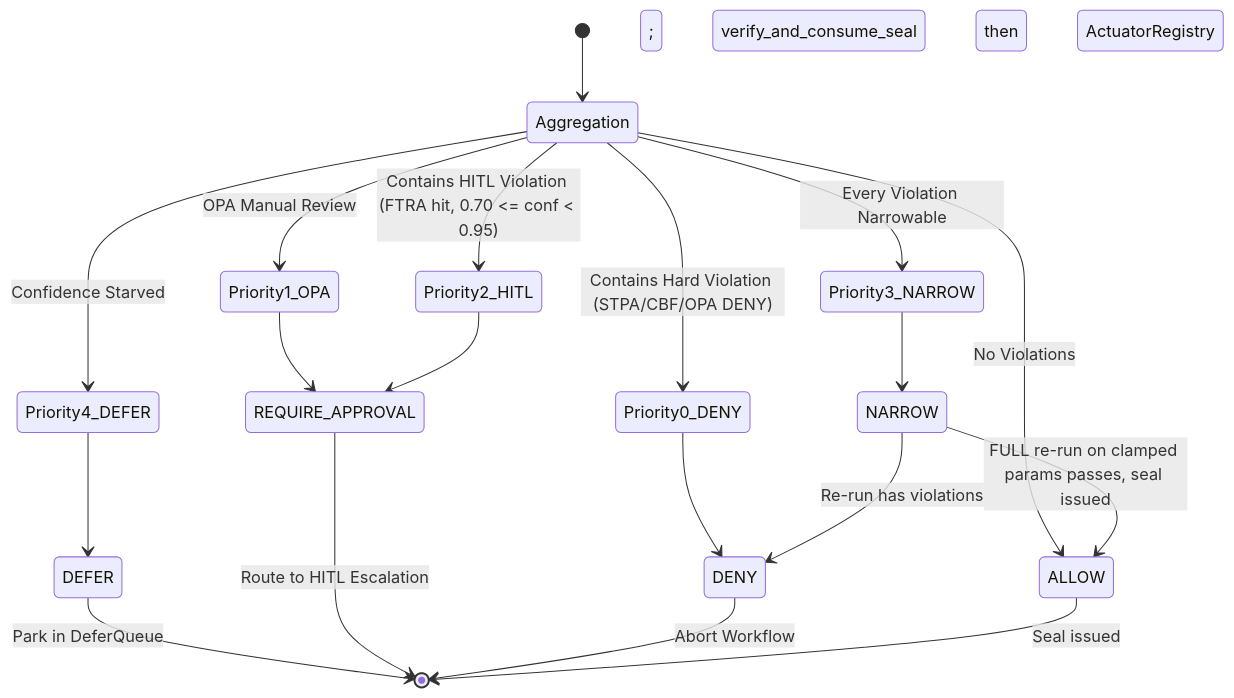
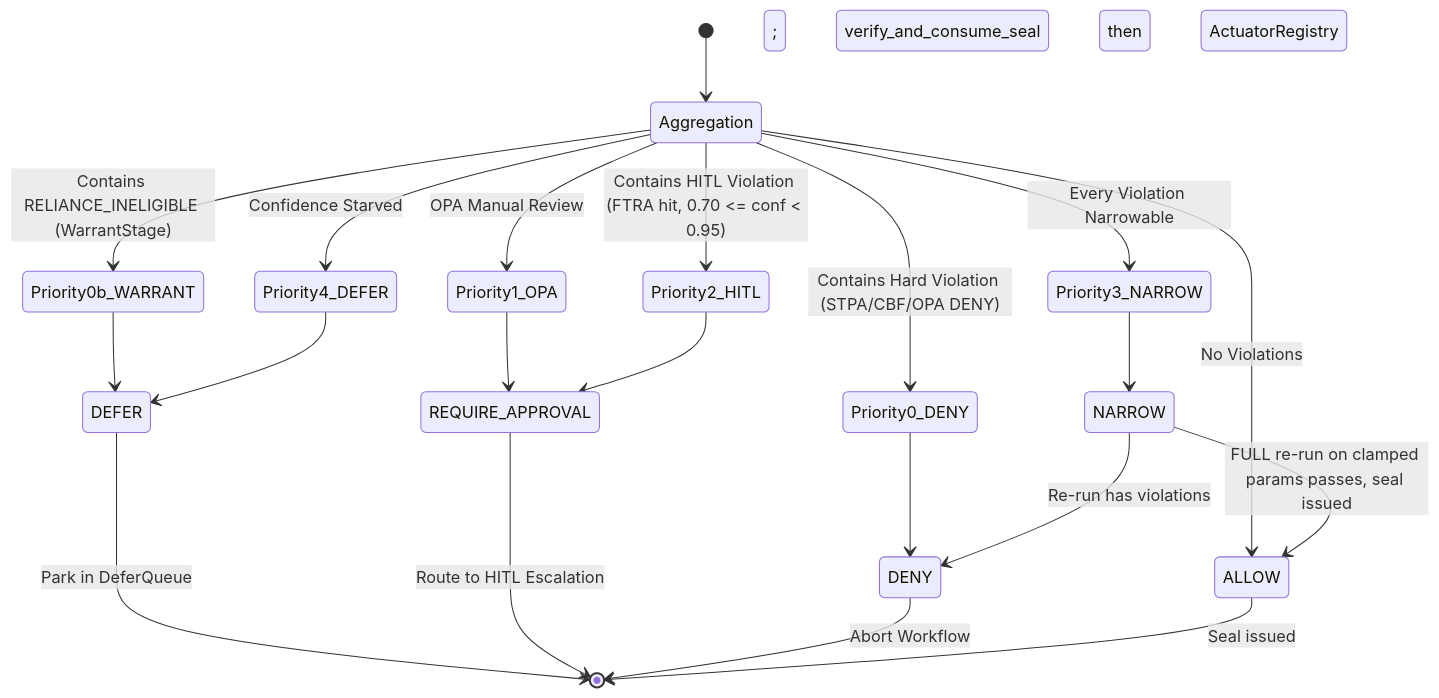
Before and after one commit to google/cybernetic-agent-governance-engine: the diagram in docs/architecture/SYMBOLIC_GOVERNOR_RUNTIME.md, drawn with Mermaid. The commit also changed other lines of this file and 38 other files, not shown here.

Commit message:
chore(docs): update architecture docs and bump version to v3.2.0

````diff
--- a/docs/architecture/SYMBOLIC_GOVERNOR_RUNTIME.md
+++ b/docs/architecture/SYMBOLIC_GOVERNOR_RUNTIME.md
@@ -27,23 +27,25 @@
 ```mermaid
 stateDiagram-v2
     [*] --> Aggregation
     Aggregation --> Priority0_DENY: Contains Hard Violation (STPA/CBF/OPA DENY)
+    Aggregation --> Priority0b_WARRANT: Contains RELIANCE_INELIGIBLE (WarrantStage)
     Aggregation --> Priority1_OPA: OPA Manual Review
     Aggregation --> Priority2_HITL: Contains HITL Violation (FTRA hit, 0.70 <= conf < 0.95)
     Aggregation --> Priority3_NARROW: Every Violation Narrowable
     Aggregation --> Priority4_DEFER: Confidence Starved
     Aggregation --> ALLOW: No Violations
 
     Priority0_DENY --> DENY
+    Priority0b_WARRANT --> DEFER
     Priority1_OPA --> REQUIRE_APPROVAL
     Priority2_HITL --> REQUIRE_APPROVAL
     Priority3_NARROW --> NARROW
     Priority4_DEFER --> DEFER
 
     DEFER --> [*]: Park in DeferQueue
     REQUIRE_APPROVAL --> [*]: Route to HITL Escalation
     DENY --> [*]: Abort Workflow
     NARROW --> ALLOW: FULL re-run on clamped params passes, seal issued
     NARROW --> DENY: Re-run has violations
     ALLOW --> [*]: Seal issued; verify_and_consume_seal then ActuatorRegistry
 ```
````
